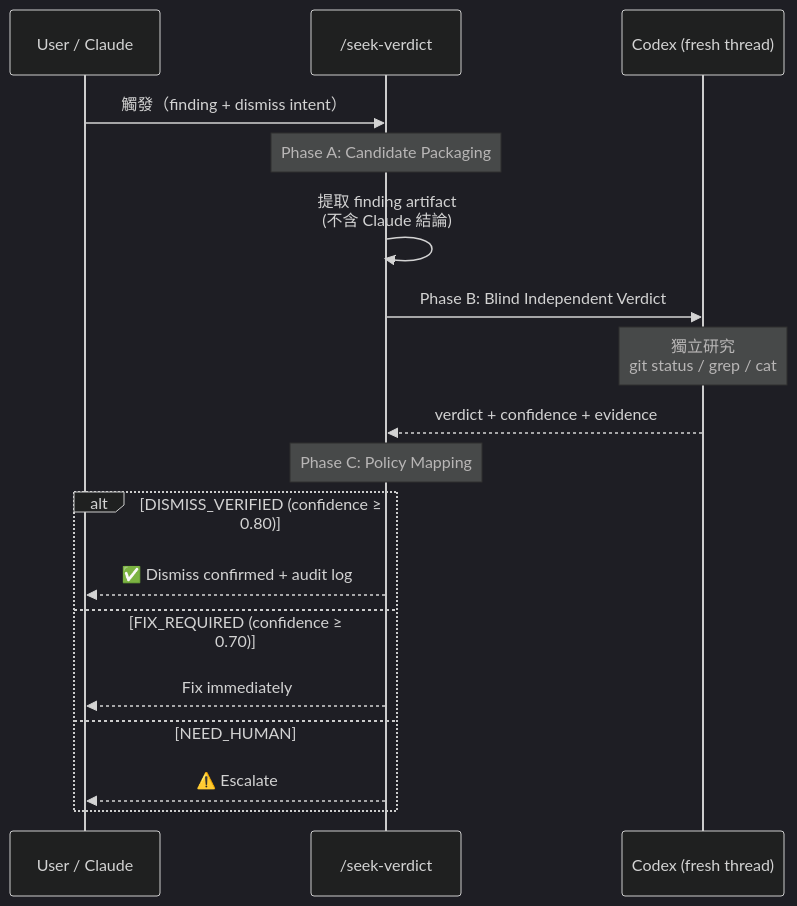
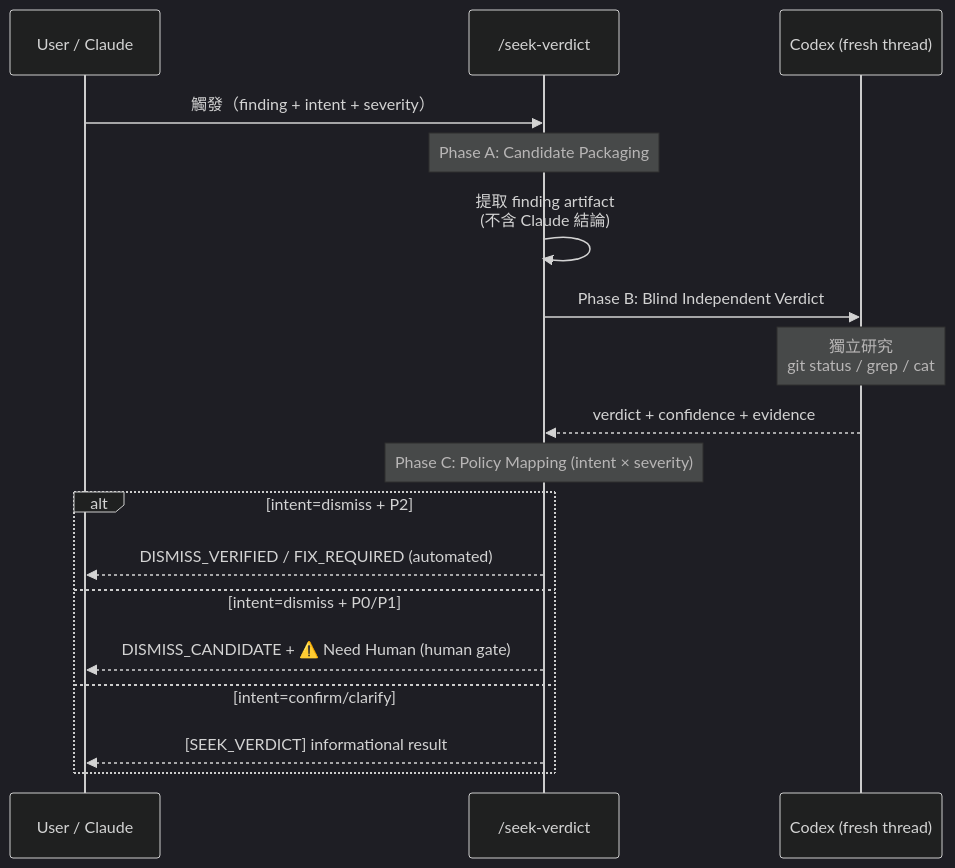
Before and after one commit to jupiter-Pulin/Uranus-dev-flow: the diagram in docs/features/seek-verdict/2-tech-spec.md, drawn with Mermaid (dark theme). The commit also changed other lines of this file and 21 other files, not shown here.

First line of the commit message:
feat: Generalize /seek-verdict from P2-only to intent-based verification

````diff
--- a/docs/features/seek-verdict/2-tech-spec.md
+++ b/docs/features/seek-verdict/2-tech-spec.md
@@ -53,21 +56,21 @@
 ```mermaid
 sequenceDiagram
     participant U as User / Claude
     participant S as /seek-verdict
     participant X as Codex (fresh thread)
 
-    U->>S: 觸發（finding + dismiss intent）
+    U->>S: 觸發（finding + intent + severity）
     Note over S: Phase A: Candidate Packaging
     S->>S: 提取 finding artifact<br/>(不含 Claude 結論)
     S->>X: Phase B: Blind Independent Verdict
     Note over X: 獨立研究<br/>git status / grep / cat
     X-->>S: verdict + confidence + evidence
-    Note over S: Phase C: Policy Mapping
-    alt DISMISS_VERIFIED (confidence ≥ 0.80)
-        S-->>U: ✅ Dismiss confirmed + audit log
-    else FIX_REQUIRED (confidence ≥ 0.70)
-        S-->>U: Fix immediately
-    else NEED_HUMAN
-        S-->>U: ⚠️ Escalate
+    Note over S: Phase C: Policy Mapping (intent × severity)
+    alt intent=dismiss + P2
+        S-->>U: DISMISS_VERIFIED / FIX_REQUIRED (automated)
+    else intent=dismiss + P0/P1
+        S-->>U: DISMISS_CANDIDATE + ⚠️ Need Human (human gate)
+    else intent=confirm/clarify
+        S-->>U: [SEEK_VERDICT] informational result
     end
 ```
````
